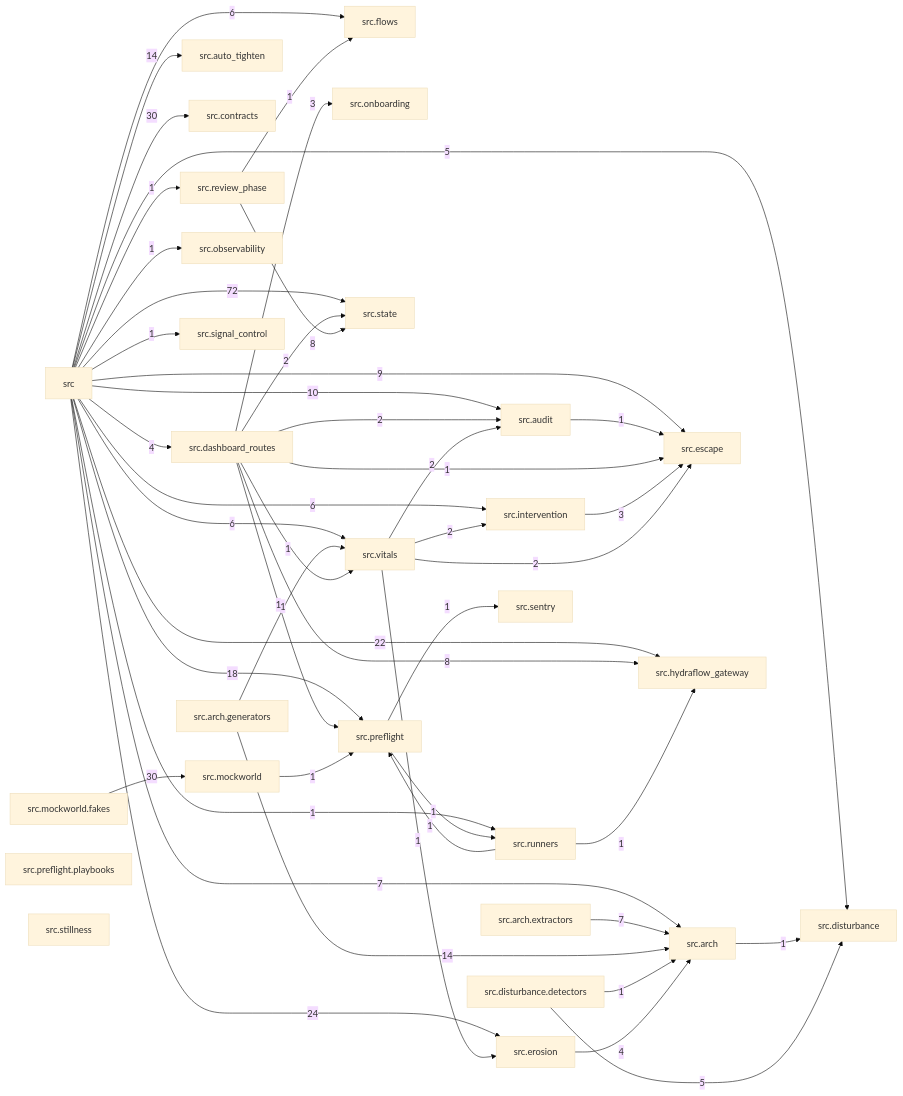
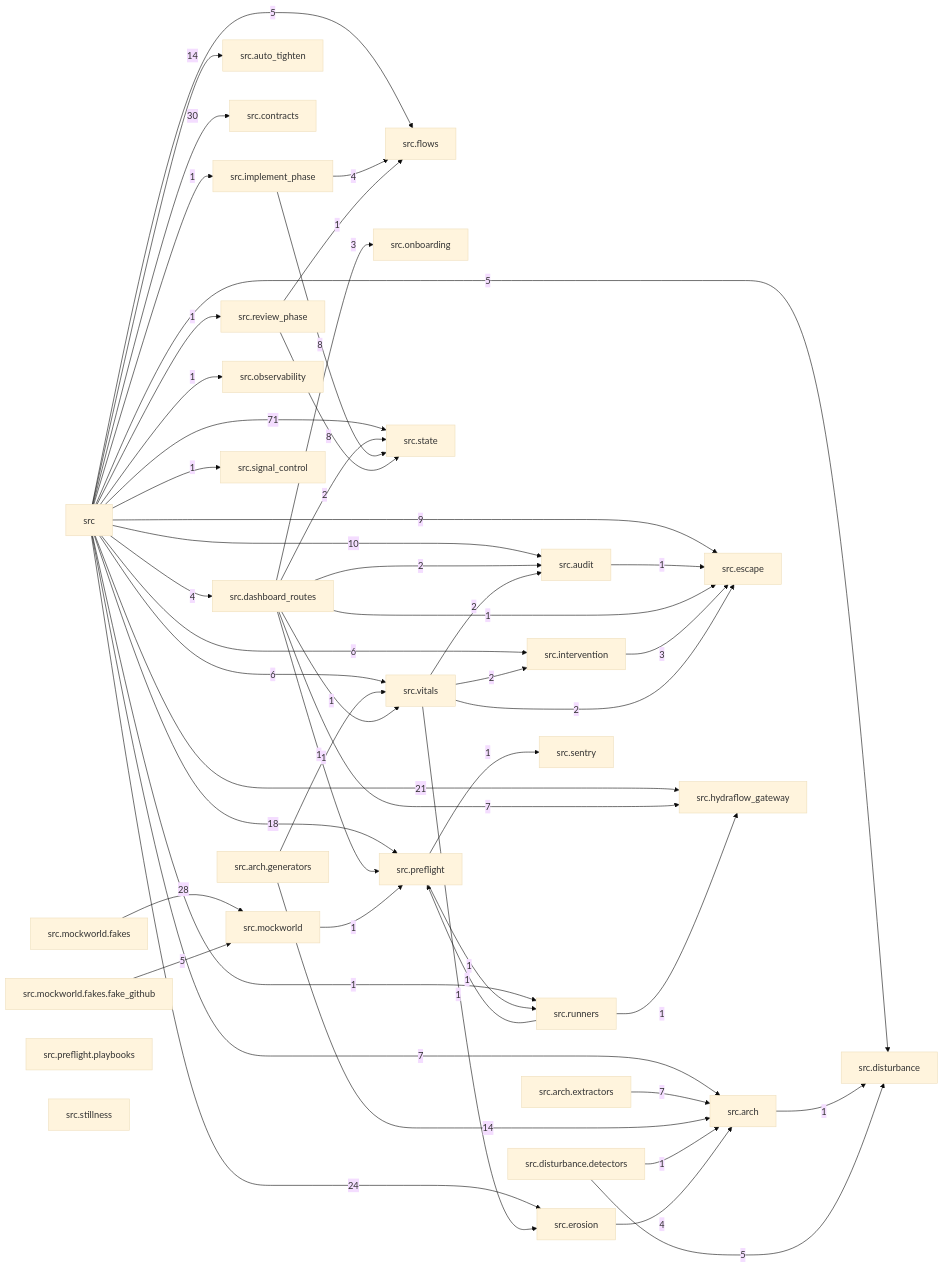
One commit to T-rav/hydraflow changed the diagram in docs/arch/generated/modules.md. Above: the diagram before and after it, drawn with Mermaid (base theme). The commit also changed 47 other files, not shown here.

First line of the commit message:
refactor(implement,mockworld): decompose ImplementPhase and FakeGitHub into mixin packages

```diff
--- a/docs/arch/generated/modules.md
+++ b/docs/arch/generated/modules.md
@@ -20,9 +20,11 @@
     src_escape["src.escape"]
     src_flows["src.flows"]
     src_hydraflow_gateway["src.hydraflow_gateway"]
+    src_implement_phase["src.implement_phase"]
     src_intervention["src.intervention"]
     src_mockworld["src.mockworld"]
     src_mockworld_fakes["src.mockworld.fakes"]
+    src_mockworld_fakes_fake_github["src.mockworld.fakes.fake_github"]
     src_observability["src.observability"]
     src_onboarding["src.onboarding"]
     src_preflight["src.preflight"]
@@ -42,15 +44,16 @@
     src -- "5" --> src_disturbance
     src -- "24" --> src_erosion
     src -- "9" --> src_escape
-    src -- "6" --> src_flows
-    src -- "22" --> src_hydraflow_gateway
+    src -- "5" --> src_flows
+    src -- "21" --> src_hydraflow_gateway
+    src -- "1" --> src_implement_phase
     src -- "6" --> src_intervention
     src -- "1" --> src_observability
     src -- "18" --> src_preflight
     src -- "1" --> src_review_phase
     src -- "1" --> src_runners
     src -- "1" --> src_signal_control
-    src -- "72" --> src_state
+    src -- "71" --> src_state
     src -- "6" --> src_vitals
     src_arch -- "1" --> src_disturbance
     src_arch_extractors -- "7" --> src_arch
@@ -59,7 +62,7 @@
     src_audit -- "1" --> src_escape
     src_dashboard_routes -- "2" --> src_audit
     src_dashboard_routes -- "1" --> src_escape
-    src_dashboard_routes -- "8" --> src_hydraflow_gateway
+    src_dashboard_routes -- "7" --> src_hydraflow_gateway
     src_dashboard_routes -- "3" --> src_onboarding
     src_dashboard_routes -- "1" --> src_preflight
     src_dashboard_routes -- "2" --> src_state
@@ -67,9 +70,12 @@
     src_disturbance_detectors -- "1" --> src_arch
     src_disturbance_detectors -- "5" --> src_disturbance
     src_erosion -- "4" --> src_arch
+    src_implement_phase -- "4" --> src_flows
+    src_implement_phase -- "8" --> src_state
     src_intervention -- "3" --> src_escape
     src_mockworld -- "1" --> src_preflight
-    src_mockworld_fakes -- "30" --> src_mockworld
+    src_mockworld_fakes -- "28" --> src_mockworld
+    src_mockworld_fakes_fake_github -- "5" --> src_mockworld
     src_preflight -- "1" --> src_runners
     src_preflight -- "1" --> src_sentry
     src_review_phase -- "1" --> src_flows
```
